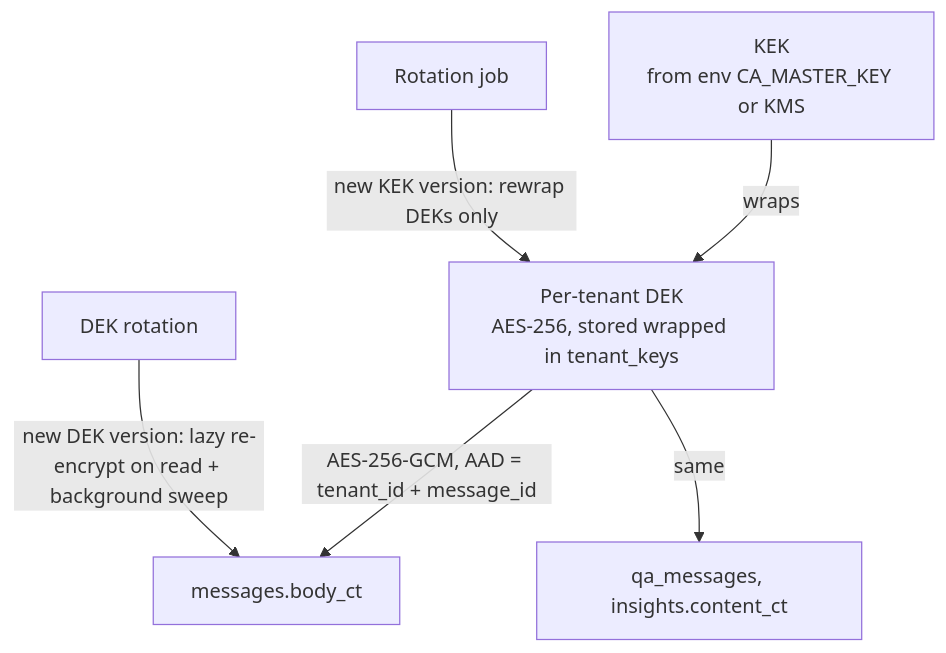
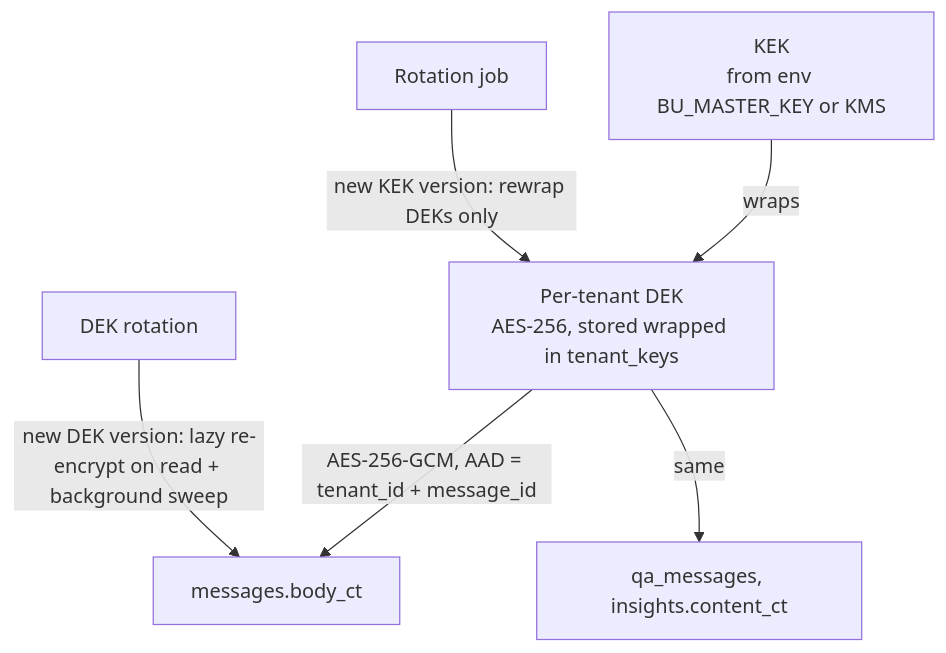
The second of 3 diagrams in docs/08-security-privacy.md (KshitijV97/between-us), drawn with Mermaid before and after one commit. The commit also changed other lines of this file and 70 other files, not shown here.

````diff
--- a/docs/08-security-privacy.md
+++ b/docs/08-security-privacy.md
@@ -166,8 +166,8 @@
 ```mermaid
 flowchart TB
-    KEK["KEK<br/>from env CA_MASTER_KEY or KMS"] -->|"wraps"| DEK["Per-tenant DEK<br/>AES-256, stored wrapped in tenant_keys"]
+    KEK["KEK<br/>from env BU_MASTER_KEY or KMS"] -->|"wraps"| DEK["Per-tenant DEK<br/>AES-256, stored wrapped in tenant_keys"]
     DEK -->|"AES-256-GCM, AAD = tenant_id + message_id"| C["messages.body_ct"]
     DEK -->|"same"| Q["qa_messages, insights.content_ct"]
     R["Rotation job"] -->|"new KEK version: rewrap DEKs only"| DEK
     R2["DEK rotation"] -->|"new DEK version: lazy re-encrypt on read + background sweep"| C
 ```
````
